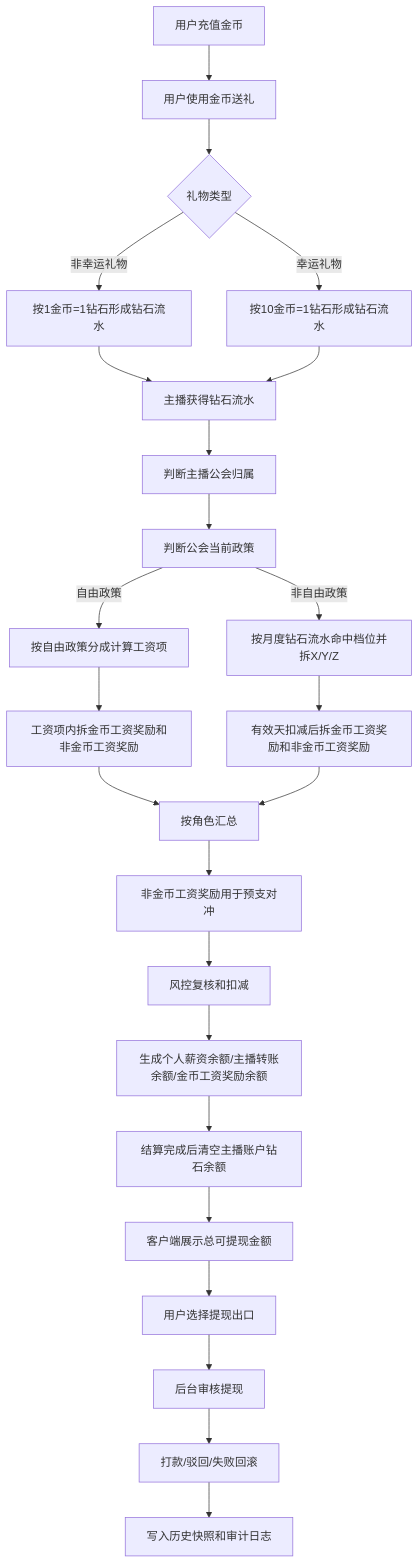
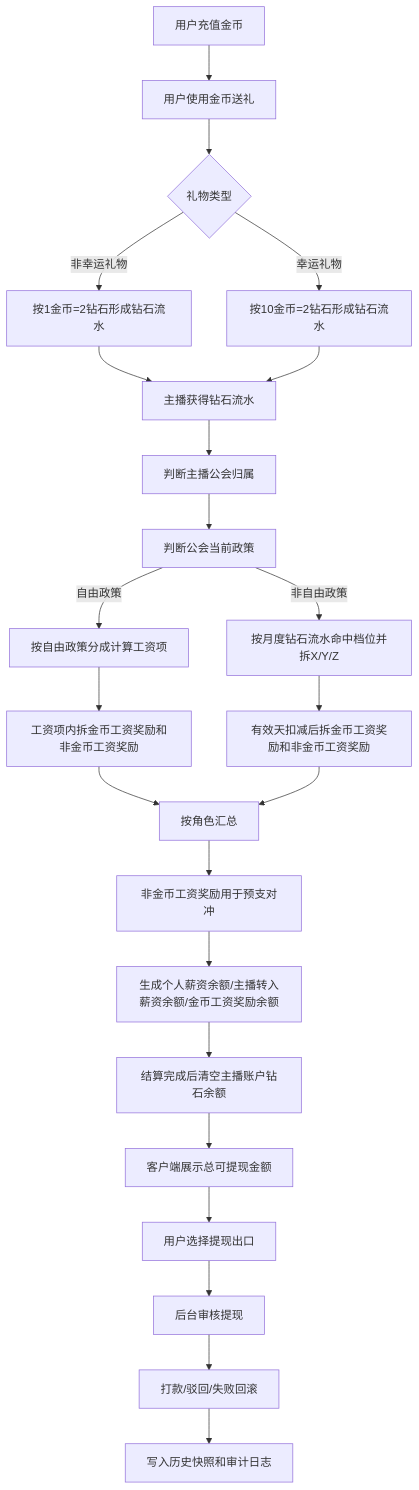
The first of 13 diagrams in TALO公会政策_客户端后台需求文档PRD.md (kocekid/TALO-Guild-Policy-Requirements), drawn with Mermaid before and after one commit. The commit also changed other lines of this file and 18 other files, not shown here.

Commit message:
更新TALO公会政策PRD与原型图

````diff
--- a/TALO公会政策_客户端后台需求文档PRD.md
+++ b/TALO公会政策_客户端后台需求文档PRD.md
@@ -80,26 +72,25 @@
 ```mermaid
 flowchart TD
     A[用户充值金币] --> B[用户使用金币送礼]
     B --> C{礼物类型}
-    C -->|非幸运礼物| D[按1金币=1钻石形成钻石流水]
-    C -->|幸运礼物| E[按10金币=1钻石形成钻石流水]
+    C -->|非幸运礼物| D[按1金币=2钻石形成钻石流水]
+    C -->|幸运礼物| E[按10金币=2钻石形成钻石流水]
     D --> F[主播获得钻石流水]
     E --> F
     F --> G[判断主播公会归属]
     G --> H[判断公会当前政策]
     H -->|自由政策| I[按自由政策分成计算工资项]
     H -->|非自由政策| J[按月度钻石流水命中档位并拆X/Y/Z]
     I --> K[工资项内拆金币工资奖励和非金币工资奖励]
     J --> L[有效天扣减后拆金币工资奖励和非金币工资奖励]
     K --> M[按角色汇总]
     L --> M
     M --> N[非金币工资奖励用于预支对冲]
-    N --> O[风控复核和扣减]
-    O --> P[生成个人薪资余额/主播转账余额/金币工资奖励余额]
+    N --> P[生成个人薪资余额/主播转入薪资余额/金币工资奖励余额]
     P --> P1[结算完成后清空主播账户钻石余额]
     P1 --> Q[客户端展示总可提现金额]
     Q --> R[用户选择提现出口]
     R --> S[后台审核提现]
     S --> T[打款/驳回/失败回滚]
     T --> U[写入历史快照和审计日志]
 ```
````
